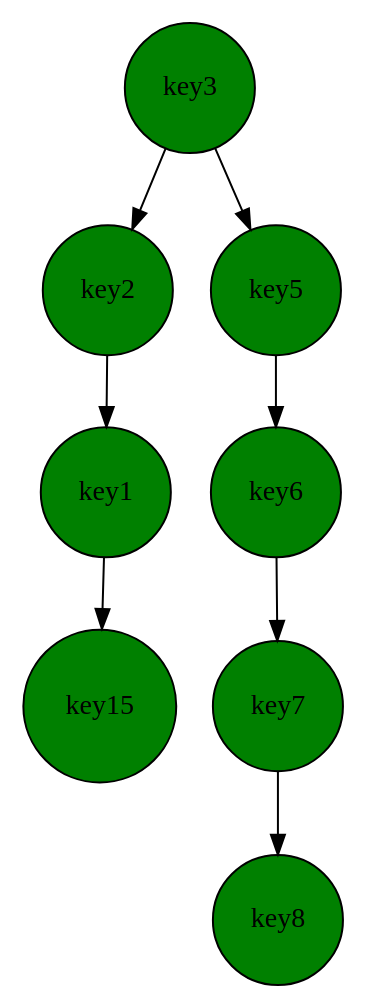
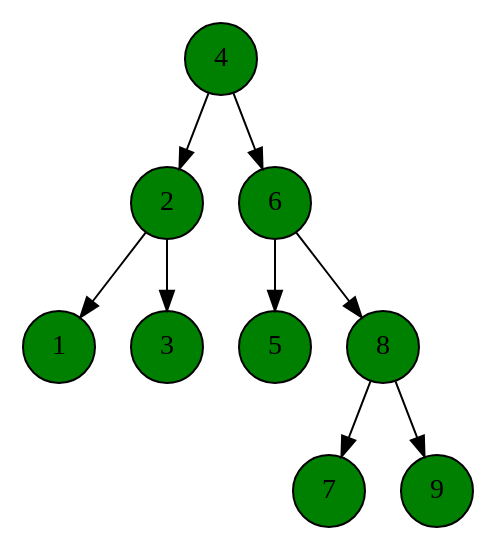
One commit to Effectuss/Key-value-store-based-on-AVL-tree changed the diagram in src/test.dot. Above: the diagram before and after it, drawn with Graphviz. The commit also changed 4 other files, not shown here.

```diff
--- a/src/test.dot
+++ b/src/test.dot
@@ -1,18 +1,20 @@
 digraph BST {
     node [shape=circle, style=filled, fillcolor=green];
-    key3;
-    key3 -> key2;
-    key2;
-    key2 -> key1;
-    key1;
-    key1 -> key15;
-    key15;
-    key3 -> key5;
-    key5;
-    key5 -> key6;
-    key6;
-    key6 -> key7;
-    key7;
-    key7 -> key8;
-    key8;
+    4;
+    4 -> 2;
+    2;
+    2 -> 1;
+    1;
+    2 -> 3;
+    3;
+    4 -> 6;
+    6;
+    6 -> 5;
+    5;
+    6 -> 8;
+    8;
+    8 -> 7;
+    7;
+    8 -> 9;
+    9;
 }
```
